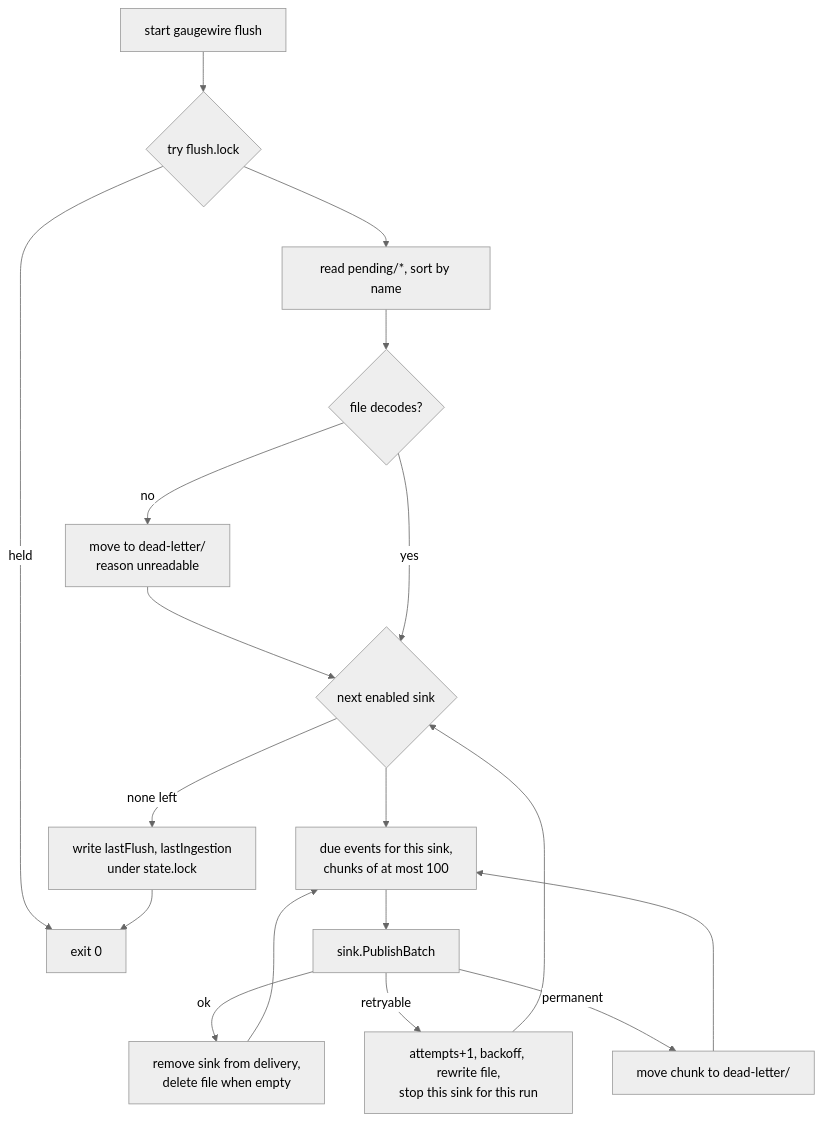
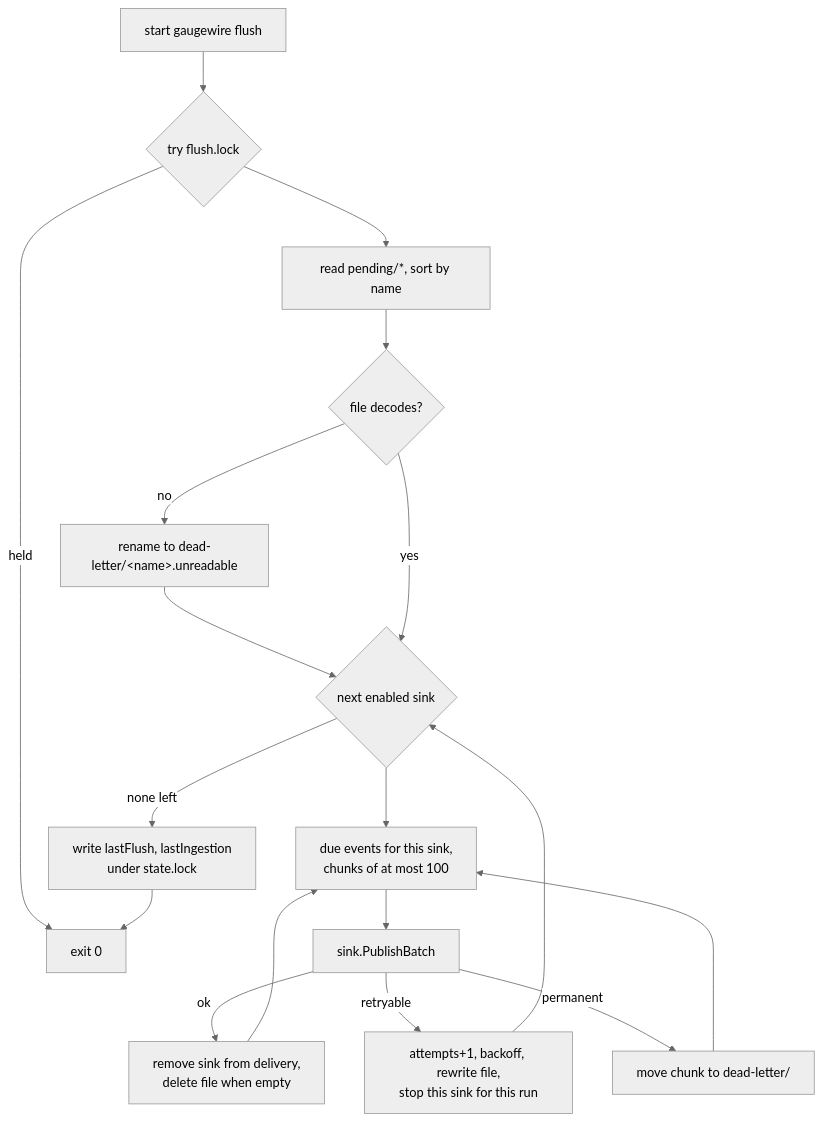
The diagram in docs/spec/gaugewire/spool-and-flush.md (sulcer/gaugewire), drawn with Mermaid (neutral theme) before and after one commit. The commit also changed other lines of this file and 8 other files, not shown here.

````diff
--- a/docs/spec/gaugewire/spool-and-flush.md
+++ b/docs/spec/gaugewire/spool-and-flush.md
@@ -16,16 +15,16 @@
 ```mermaid
 flowchart TD
     S[start gaugewire flush] --> L{try flush.lock}
     L -->|held| X[exit 0]
     L --> R[read pending/*, sort by name]
     R --> U{"file decodes?"}
-    U -->|no| Q["move to dead-letter/<br/>reason unreadable"] --> K
+    U -->|no| Q["rename to dead-letter/&lt;name&gt;.unreadable"] --> K
     U -->|yes| K
     K{next enabled sink}
     K -->|none left| W["write lastFlush, lastIngestion<br/>under state.lock"] --> X
     K --> D["due events for this sink,<br/>chunks of at most 100"]
     D --> P[sink.PublishBatch]
     P -->|ok| A["remove sink from delivery,<br/>delete file when empty"] --> D
     P -->|retryable| B["attempts+1, backoff, rewrite file,<br/>stop this sink for this run"] --> K
     P -->|permanent| M[move chunk to dead-letter/] --> D
 ```
````
